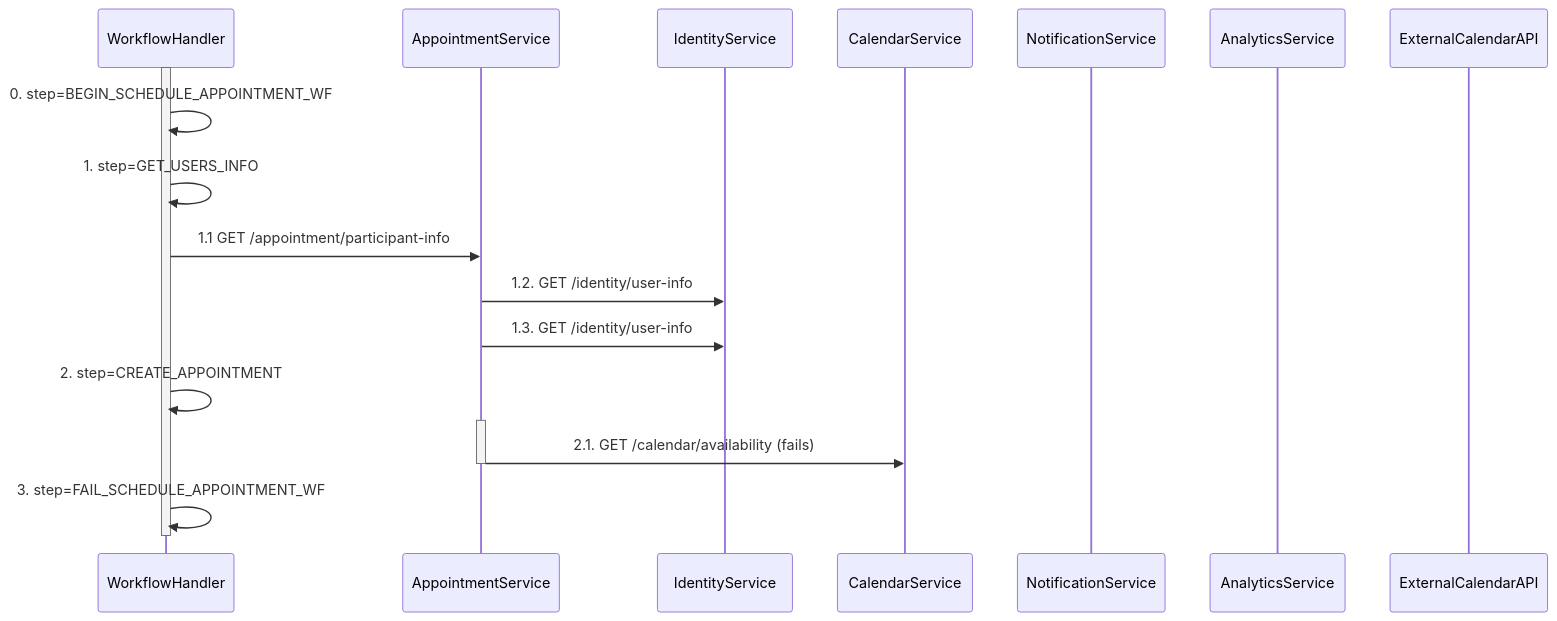
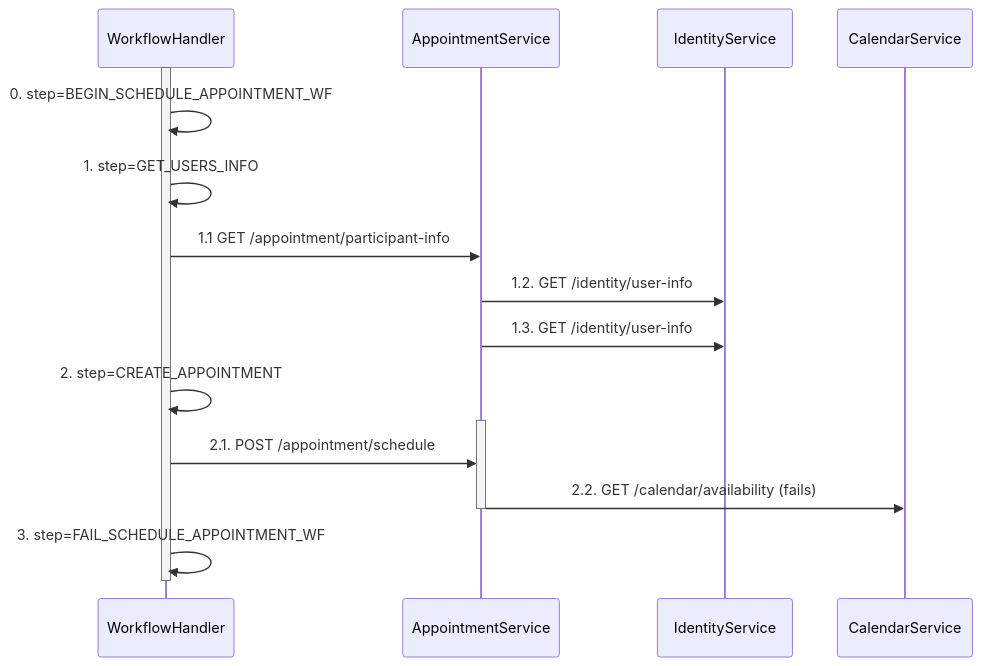
The second of 2 diagrams in docs/architecture/use-cases/appointment.md (abdulawr/Healthcare-Appointment-Scheduling-System), drawn with Mermaid before and after one commit. The commit also changed other lines of this file and 2 other files, not shown here.

First line of the commit message:
**docs: add service architecture docs + expand appointment use-case**

````diff
--- a/docs/architecture/use-cases/appointment.md
+++ b/docs/architecture/use-cases/appointment.md
@@ -85,29 +87,27 @@
 ```mermaid
 sequenceDiagram
     participant WorkflowHandler
     participant AppointmentService
     participant IdentityService
     participant CalendarService
-    participant NotificationService
-    participant AnalyticsService
-    participant ExternalCalendarAPI
 
     activate WorkflowHandler
 
     WorkflowHandler->>WorkflowHandler: 0. step=BEGIN_SCHEDULE_APPOINTMENT_WF
 
     WorkflowHandler->>WorkflowHandler: 1. step=GET_USERS_INFO
     WorkflowHandler->>AppointmentService: 1.1 GET /appointment/participant-info
     AppointmentService->>IdentityService: 1.2. GET /identity/user-info
     AppointmentService->>IdentityService: 1.3. GET /identity/user-info
 
     WorkflowHandler->>WorkflowHandler: 2. step=CREATE_APPOINTMENT
 
     activate AppointmentService
-    AppointmentService->>CalendarService: 2.1. GET /calendar/availability (fails)
+    WorkflowHandler->>AppointmentService: 2.1. POST /appointment/schedule
+    AppointmentService->>CalendarService: 2.2. GET /calendar/availability (fails)
     deactivate AppointmentService
 
     WorkflowHandler->>WorkflowHandler: 3. step=FAIL_SCHEDULE_APPOINTMENT_WF
 
     deactivate WorkflowHandler
 ```
````
